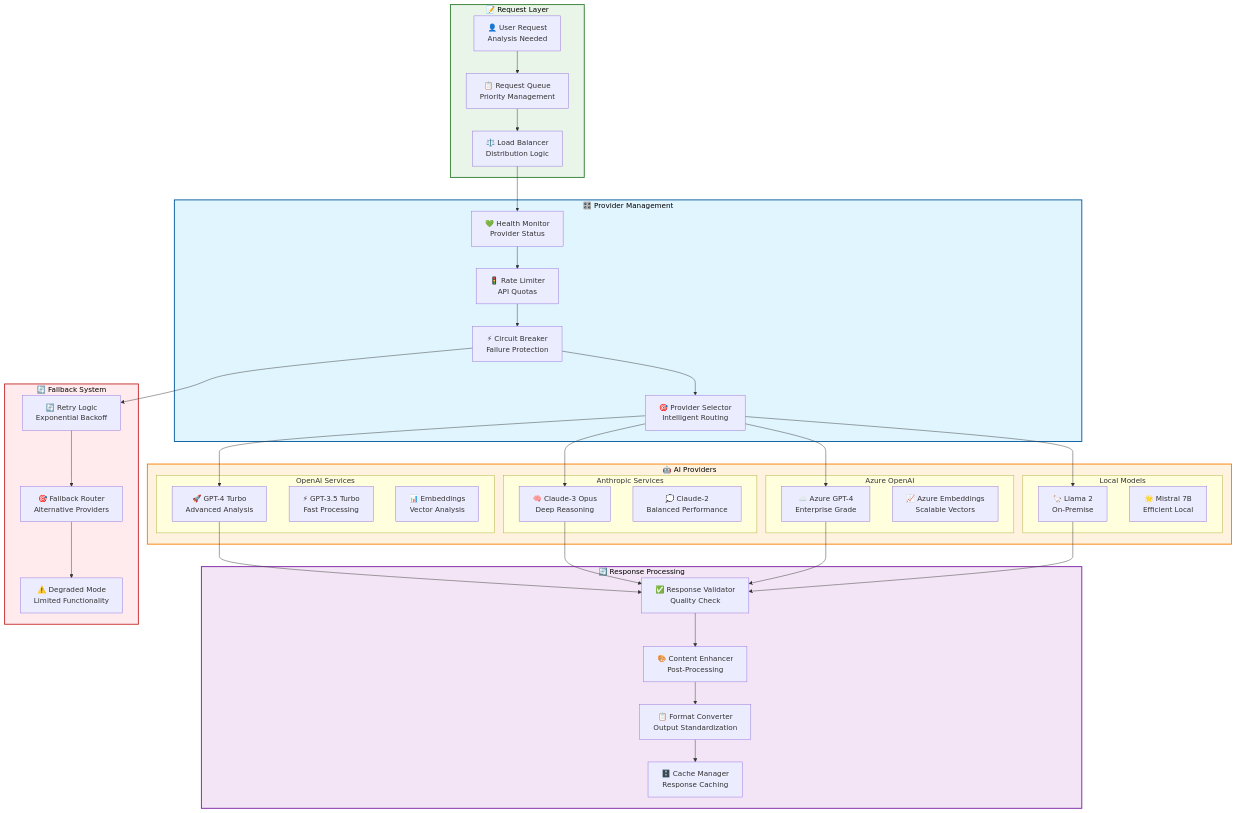
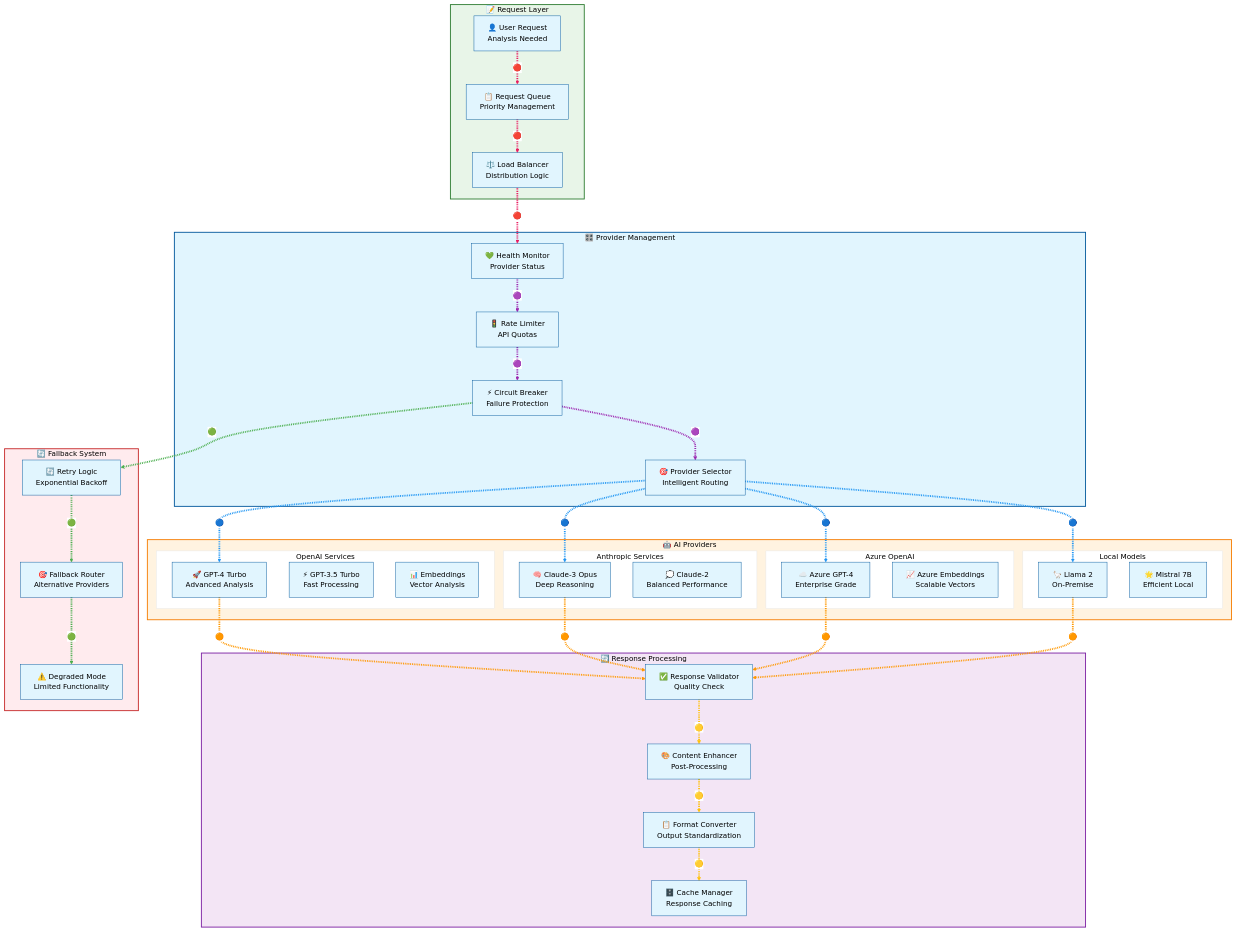
Before and after one commit to usemanusai/JAEGIS-AI-Web-OS: the third of 9 diagrams in docs/architecture/component-diagrams.md, drawn with Mermaid. The commit also changed other lines of this file, not shown here.

First line of the commit message:
fix: Make ALL Mermaid diagram arrows highly visible in component diagrams

````diff
--- a/docs/architecture/component-diagrams.md
+++ b/docs/architecture/component-diagrams.md
@@ -178,4 +226,5 @@
 ```mermaid
+%%{init: {'theme':'base', 'themeVariables': {'primaryColor':'#e1f5fe', 'primaryTextColor':'#000', 'primaryBorderColor':'#01579b', 'lineColor':'#ff0066', 'arrowheadColor':'#ff0066', 'edgeLabelBackground':'#ffffff', 'tertiaryColor':'#fff'}}}%%
 graph TB
     subgraph RequestLayer["📝 Request Layer"]
         USER_REQ["👤 User Request<br/>Analysis Needed"]
@@ -226,31 +275,31 @@
         DEGRADED_MODE["⚠️ Degraded Mode<br/>Limited Functionality"]
     end
     
-    USER_REQ --> REQ_QUEUE
-    REQ_QUEUE --> LOAD_BALANCER
-    LOAD_BALANCER --> HEALTH_CHECK
+    USER_REQ -.->|"🔴"| REQ_QUEUE
+    REQ_QUEUE -.->|"🔴"| LOAD_BALANCER
+    LOAD_BALANCER -.->|"🔴"| HEALTH_CHECK
     
-    HEALTH_CHECK --> RATE_LIMITER
-    RATE_LIMITER --> CIRCUIT_BREAKER
-    CIRCUIT_BREAKER --> PROVIDER_SELECTOR
+    HEALTH_CHECK -.->|"🟣"| RATE_LIMITER
+    RATE_LIMITER -.->|"🟣"| CIRCUIT_BREAKER
+    CIRCUIT_BREAKER -.->|"🟣"| PROVIDER_SELECTOR
     
-    PROVIDER_SELECTOR --> GPT4
-    PROVIDER_SELECTOR --> CLAUDE3
-    PROVIDER_SELECTOR --> AZURE_GPT4
-    PROVIDER_SELECTOR --> LLAMA
+    PROVIDER_SELECTOR -.->|"🔵"| GPT4
+    PROVIDER_SELECTOR -.->|"🔵"| CLAUDE3
+    PROVIDER_SELECTOR -.->|"🔵"| AZURE_GPT4
+    PROVIDER_SELECTOR -.->|"🔵"| LLAMA
     
-    GPT4 --> RESPONSE_VALIDATOR
-    CLAUDE3 --> RESPONSE_VALIDATOR
-    AZURE_GPT4 --> RESPONSE_VALIDATOR
-    LLAMA --> RESPONSE_VALIDATOR
+    GPT4 -.->|"🟠"| RESPONSE_VALIDATOR
+    CLAUDE3 -.->|"🟠"| RESPONSE_VALIDATOR
+    AZURE_GPT4 -.->|"🟠"| RESPONSE_VALIDATOR
+    LLAMA -.->|"🟠"| RESPONSE_VALIDATOR
     
-    RESPONSE_VALIDATOR --> CONTENT_ENHANCER
-    CONTENT_ENHANCER --> FORMAT_CONVERTER
-    FORMAT_CONVERTER --> CACHE_MANAGER
+    RESPONSE_VALIDATOR -.->|"🟡"| CONTENT_ENHANCER
+    CONTENT_ENHANCER -.->|"🟡"| FORMAT_CONVERTER
+    FORMAT_CONVERTER -.->|"🟡"| CACHE_MANAGER
     
-    CIRCUIT_BREAKER --> RETRY_LOGIC
-    RETRY_LOGIC --> FALLBACK_ROUTER
-    FALLBACK_ROUTER --> DEGRADED_MODE
+    CIRCUIT_BREAKER -.->|"🟢"| RETRY_LOGIC
+    RETRY_LOGIC -.->|"🟢"| FALLBACK_ROUTER
+    FALLBACK_ROUTER -.->|"🟢"| DEGRADED_MODE
     
     classDef requestStyle fill:#e8f5e8,stroke:#2e7d32,stroke-width:2px,color:#000
     classDef managementStyle fill:#e1f5fe,stroke:#01579b,stroke-width:2px,color:#000
@@ -263,4 +312,25 @@
     class AIProviders providerStyle
     class ResponseProcessing processingStyle
     class FallbackSystem fallbackStyle
+    
+    linkStyle 0 stroke:#e91e63,stroke-width:4px
+    linkStyle 1 stroke:#e91e63,stroke-width:4px
+    linkStyle 2 stroke:#e91e63,stroke-width:4px
+    linkStyle 3 stroke:#9c27b0,stroke-width:4px
+    linkStyle 4 stroke:#9c27b0,stroke-width:4px
+    linkStyle 5 stroke:#9c27b0,stroke-width:4px
+    linkStyle 6 stroke:#2196f3,stroke-width:4px
+    linkStyle 7 stroke:#2196f3,stroke-width:4px
+    linkStyle 8 stroke:#2196f3,stroke-width:4px
+    linkStyle 9 stroke:#2196f3,stroke-width:4px
+    linkStyle 10 stroke:#ff9800,stroke-width:4px
+    linkStyle 11 stroke:#ff9800,stroke-width:4px
+    linkStyle 12 stroke:#ff9800,stroke-width:4px
+    linkStyle 13 stroke:#ff9800,stroke-width:4px
+    linkStyle 14 stroke:#ffc107,stroke-width:4px
+    linkStyle 15 stroke:#ffc107,stroke-width:4px
+    linkStyle 16 stroke:#ffc107,stroke-width:4px
+    linkStyle 17 stroke:#4caf50,stroke-width:4px
+    linkStyle 18 stroke:#4caf50,stroke-width:4px
+    linkStyle 19 stroke:#4caf50,stroke-width:4px
 ```
````
